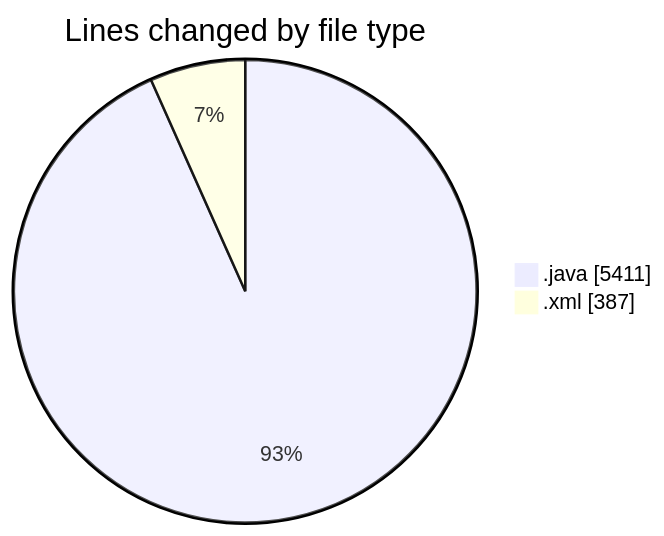
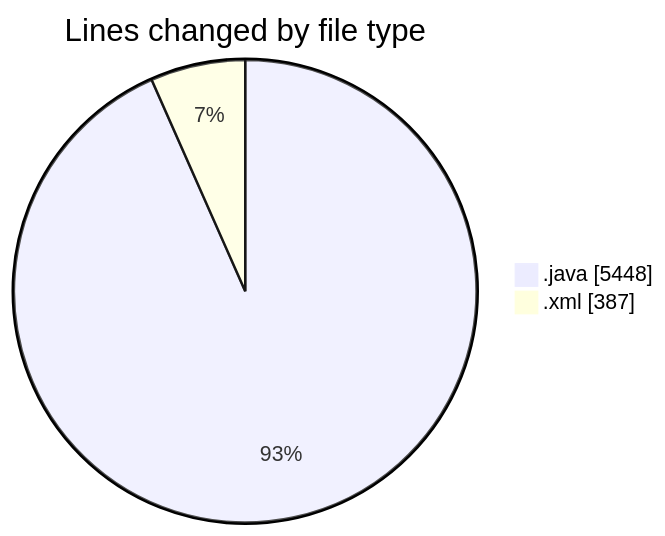
Before and after one commit to charlie-sans/code-tracking: the first of 2 diagrams in 2025-05-01/jmasm/README.md, drawn with Mermaid. The commit also changed other lines of this file and 1 other file, not shown here.

````diff
--- a/2025-05-01/jmasm/README.md
+++ b/2025-05-01/jmasm/README.md
@@ -30,6 +30,6 @@
 ```mermaid
 pie showData
 title Lines changed by file type
-".java" : 5411
+".java" : 5448
 ".xml" : 387
 ```
````
